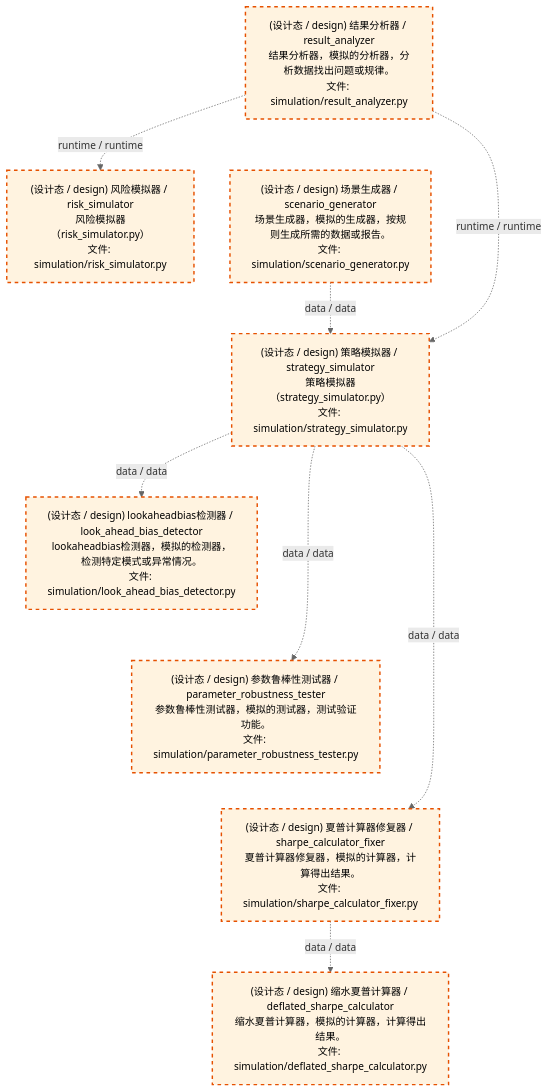
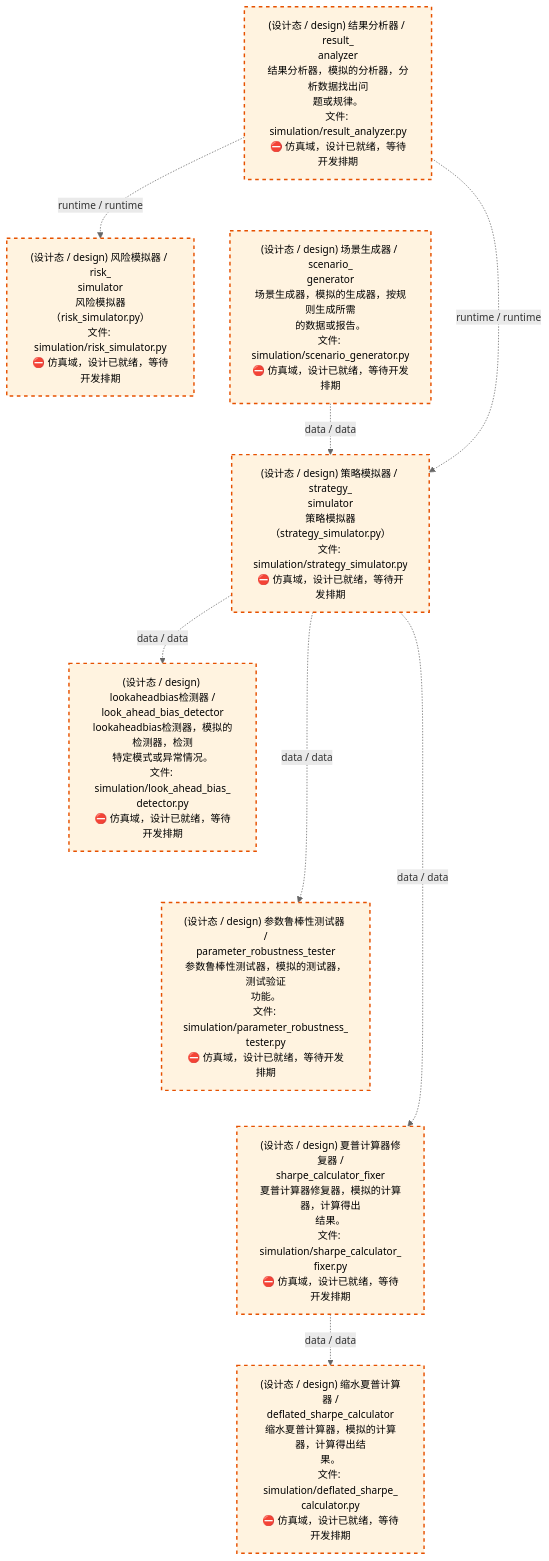
One commit to xuanFelixVan/ZephyrAlpha changed the third of 4 diagrams in docs/02_enterprise_architecture/02_domain_architecture_docs/70_d_simulation.md. Above: the diagram before and after it, drawn with Mermaid. The commit also changed other lines of this file and 59 other files, not shown here.

````diff
--- a/docs/02_enterprise_architecture/02_domain_architecture_docs/70_d_simulation.md
+++ b/docs/02_enterprise_architecture/02_domain_architecture_docs/70_d_simulation.md
@@ -112,28 +112,28 @@
 ```mermaid
 %%{init: {'theme': 'base', 'themeVariables': {'primaryColor': '#eaeaea', 'primaryTextColor': '#333333', 'primaryBorderColor': '#666666', 'lineColor': '#666666', 'secondaryColor': '#eaeaea', 'tertiaryColor': '#eaeaea', 'fontSize': '14px'}}}%%
 flowchart TD
-    src_zephyr_simulation_result_analyzer_py["(设计态 / design) 结果分析器 / result_analyzer<br/>结果分析器，模拟的分析器，分析数据找出问题或规律。<br/>文件: simulation/result_analyzer.py"]
-    src_zephyr_simulation_scenario_generator_py["(设计态 / design) 场景生成器 / scenario_generator<br/>场景生成器，模拟的生成器，按规则生成所需的数据或报告。<br/>文件: simulation/scenario_generator.py"]
+    src_zephyr_simulation_result_analyzer_py["(设计态 / design) 结果分析器 / result_<br/>analyzer<br/>结果分析器，模拟的分析器，分析数据找出问<br/>题或规律。<br/>文件: simulation/result_analyzer.py<br/>⛔ 仿真域，设计已就绪，等待开发排期"]
+    src_zephyr_simulation_scenario_generator_py["(设计态 / design) 场景生成器 / scenario_<br/>generator<br/>场景生成器，模拟的生成器，按规则生成所需<br/>的数据或报告。<br/>文件: simulation/scenario_generator.py<br/>⛔ 仿真域，设计已就绪，等待开发排期"]
     src_zephyr_simulation_result_analyzer_py ~~~ src_zephyr_simulation_scenario_generator_py
-    src_zephyr_simulation_risk_simulator_py["(设计态 / design) 风险模拟器 / risk_simulator<br/>风险模拟器（risk_simulator.py）<br/>文件: simulation/risk_simulator.py"]
-    src_zephyr_simulation_strategy_simulator_py["(设计态 / design) 策略模拟器 / strategy_simulator<br/>策略模拟器（strategy_simulator.py）<br/>文件: simulation/strategy_simulator.py"]
+    src_zephyr_simulation_risk_simulator_py["(设计态 / design) 风险模拟器 / risk_<br/>simulator<br/>风险模拟器（risk_simulator.py）<br/>文件: simulation/risk_simulator.py<br/>⛔ 仿真域，设计已就绪，等待开发排期"]
+    src_zephyr_simulation_strategy_simulator_py["(设计态 / design) 策略模拟器 / strategy_<br/>simulator<br/>策略模拟器（strategy_simulator.py）<br/>文件: simulation/strategy_simulator.py<br/>⛔ 仿真域，设计已就绪，等待开发排期"]
     src_zephyr_simulation_risk_simulator_py ~~~ src_zephyr_simulation_strategy_simulator_py
-    src_zephyr_simulation_look_ahead_bias_detector_py["(设计态 / design) lookaheadbias检测器 / look_ahead_bias_detector<br/>lookaheadbias检测器，模拟的检测器，检测特定模式或异常情况。<br/>文件: simulation/look_ahead_bias_detector.py"]
-    src_zephyr_simulation_parameter_robustness_tester_py["(设计态 / design) 参数鲁棒性测试器 / parameter_robustness_tester<br/>参数鲁棒性测试器，模拟的测试器，测试验证功能。<br/>文件: simulation/parameter_robustness_tester.py"]
-    src_zephyr_simulation_sharpe_calculator_fixer_py["(设计态 / design) 夏普计算器修复器 / sharpe_calculator_fixer<br/>夏普计算器修复器，模拟的计算器，计算得出结果。<br/>文件: simulation/sharpe_calculator_fixer.py"]
+    src_zephyr_simulation_look_ahead_bias_detector_py["(设计态 / design) lookaheadbias检测器 /<br/>look_ahead_bias_detector<br/>lookaheadbias检测器，模拟的检测器，检测<br/>特定模式或异常情况。<br/>文件: simulation/look_ahead_bias_<br/>detector.py<br/>⛔ 仿真域，设计已就绪，等待开发排期"]
+    src_zephyr_simulation_parameter_robustness_tester_py["(设计态 / design) 参数鲁棒性测试器 /<br/>parameter_robustness_tester<br/>参数鲁棒性测试器，模拟的测试器，测试验证<br/>功能。<br/>文件: simulation/parameter_robustness_<br/>tester.py<br/>⛔ 仿真域，设计已就绪，等待开发排期"]
+    src_zephyr_simulation_sharpe_calculator_fixer_py["(设计态 / design) 夏普计算器修复器 /<br/>sharpe_calculator_fixer<br/>夏普计算器修复器，模拟的计算器，计算得出<br/>结果。<br/>文件: simulation/sharpe_calculator_<br/>fixer.py<br/>⛔ 仿真域，设计已就绪，等待开发排期"]
     src_zephyr_simulation_look_ahead_bias_detector_py ~~~ src_zephyr_simulation_parameter_robustness_tester_py
     src_zephyr_simulation_parameter_robustness_tester_py ~~~ src_zephyr_simulation_sharpe_calculator_fixer_py
-    src_zephyr_simulation_deflated_sharpe_calculator_py["(设计态 / design) 缩水夏普计算器 / deflated_sharpe_calculator<br/>缩水夏普计算器，模拟的计算器，计算得出结果。<br/>文件: simulation/deflated_sharpe_calculator.py"]
+    src_zephyr_simulation_deflated_sharpe_calculator_py["(设计态 / design) 缩水夏普计算器 /<br/>deflated_sharpe_calculator<br/>缩水夏普计算器，模拟的计算器，计算得出结<br/>果。<br/>文件: simulation/deflated_sharpe_<br/>calculator.py<br/>⛔ 仿真域，设计已就绪，等待开发排期"]
     src_zephyr_simulation_strategy_simulator_py -.->|data / data| src_zephyr_simulation_parameter_robustness_tester_py
     src_zephyr_simulation_strategy_simulator_py -.->|data / data| src_zephyr_simulation_look_ahead_bias_detector_py
     src_zephyr_simulation_strategy_simulator_py -.->|data / data| src_zephyr_simulation_sharpe_calculator_fixer_py
     src_zephyr_simulation_scenario_generator_py -.->|data / data| src_zephyr_simulation_strategy_simulator_py
     src_zephyr_simulation_result_analyzer_py -.->|runtime / runtime| src_zephyr_simulation_strategy_simulator_py
     src_zephyr_simulation_result_analyzer_py -.->|runtime / runtime| src_zephyr_simulation_risk_simulator_py
     src_zephyr_simulation_sharpe_calculator_fixer_py -.->|data / data| src_zephyr_simulation_deflated_sharpe_calculator_py
     classDef production fill:#e1f5fe,stroke:#01579b,stroke-width:2px,color:#000
     classDef design fill:#fff3e0,stroke:#e65100,stroke-width:2px,color:#000,stroke-dasharray: 5 5
     classDef external_prod fill:#e8f4fd,stroke:#0277bd,stroke-width:1px,color:#000
     classDef external_design fill:#fff8e7,stroke:#ef6c00,stroke-width:1px,color:#000,stroke-dasharray: 5 5
     class src_zephyr_simulation_deflated_sharpe_calculator_py,src_zephyr_simulation_look_ahead_bias_detector_py,src_zephyr_simulation_parameter_robustness_tester_py,src_zephyr_simulation_result_analyzer_py,src_zephyr_simulation_risk_simulator_py,src_zephyr_simulation_scenario_generator_py,src_zephyr_simulation_sharpe_calculator_fixer_py,src_zephyr_simulation_strategy_simulator_py design
 ```
````
